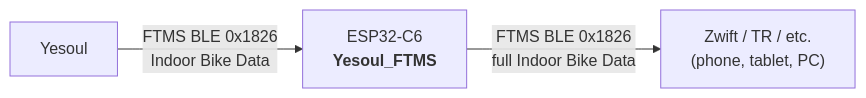
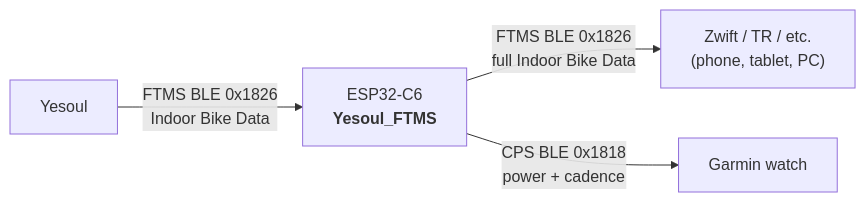
The first of 3 diagrams in docs/ARCHITECTURE.md (Topherr/Yesoul_BLE), drawn with Mermaid before and after one commit. The commit also changed other lines of this file and 3 other files, not shown here.

````diff
--- a/docs/ARCHITECTURE.md
+++ b/docs/ARCHITECTURE.md
@@ -19,9 +19,11 @@
 ```mermaid
 flowchart LR
     bike["Yesoul"]
     c6["ESP32-C6<br/><b>Yesoul_FTMS</b>"]
     zwift["Zwift / TR / etc.<br/>(phone, tablet, PC)"]
+    watch["Garmin watch"]
 
     bike -->|"FTMS BLE 0x1826<br/>Indoor Bike Data"| c6
     c6 -->|"FTMS BLE 0x1826<br/>full Indoor Bike Data"| zwift
+    c6 -->|"CPS BLE 0x1818<br/>power + cadence"| watch
 ```
````
